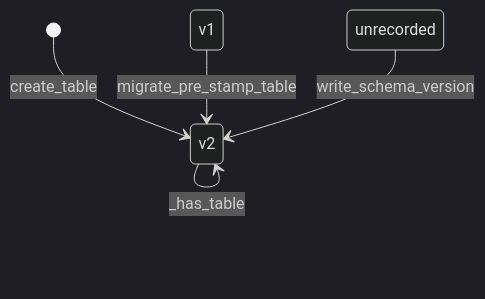
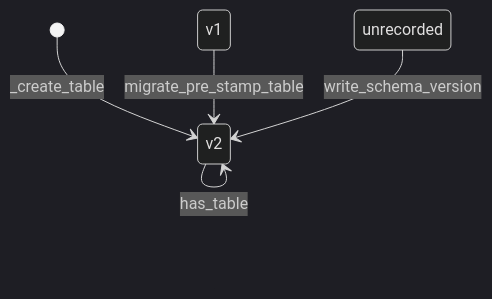
The second of 3 diagrams in docs/behavior/state-machines.md (laithalsaadoon/atif-sql), drawn with Mermaid (dark theme) before and after one commit. The commit also changed other lines of this file and 27 other files, not shown here.

````diff
--- a/docs/behavior/state-machines.md
+++ b/docs/behavior/state-machines.md
@@ -97,7 +97,7 @@
 ```mermaid
 stateDiagram-v2
-    [*] --> v2: create_table
+    [*] --> v2: _create_table
     v1 --> v2: migrate_pre_stamp_table
     unrecorded --> v2: write_schema_version
-    v2 --> v2: _has_table
+    v2 --> v2: has_table
 ```
````
